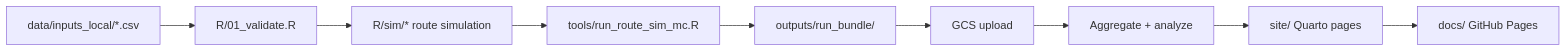
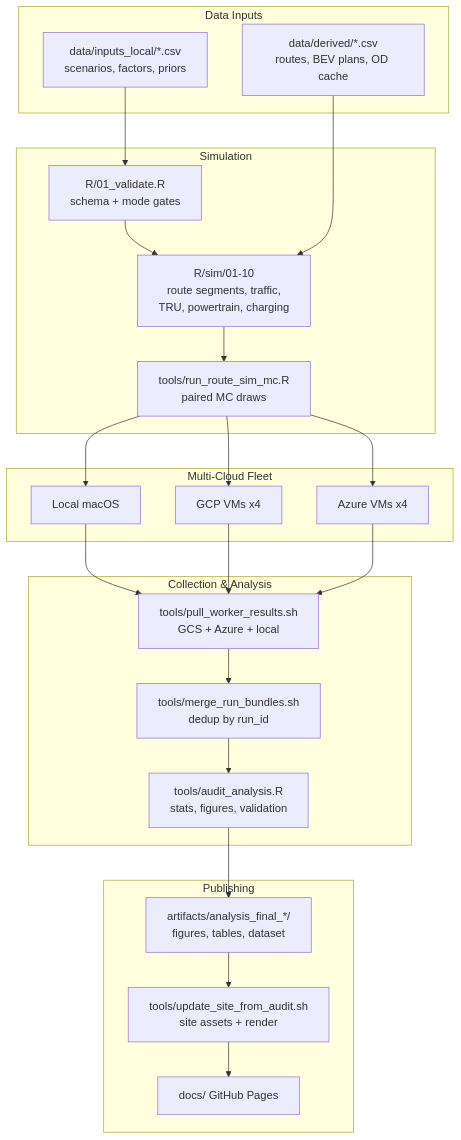
The diagram in site/index.qmd (dMac716/coldchain-freight-montecarlo), drawn with Mermaid before and after one commit. The commit also changed other lines of this file and 275 other files, not shown here.

First line of the commit message:
feat: GCS audit pipeline, 70k run analysis, site refresh (#32)

````diff
--- a/site/index.qmd
+++ b/site/index.qmd
@@ -110,11 +132,37 @@
 ```{mermaid}
-flowchart LR
-  A[data/inputs_local/*.csv] --> B[R/01_validate.R]
-  B --> C[R/sim/* route simulation]
-  C --> D[tools/run_route_sim_mc.R]
-  D --> E[outputs/run_bundle/]
-  E --> F[GCS upload]
-  F --> G[Aggregate + analyze]
-  G --> H[site/ Quarto pages]
-  H --> I[docs/ GitHub Pages]
+flowchart TD
+  subgraph inputs["Data Inputs"]
+    A1[data/inputs_local/*.csv<br/>scenarios, factors, priors]
+    A2[data/derived/*.csv<br/>routes, BEV plans, OD cache]
+  end
+
+  subgraph sim["Simulation"]
+    B[R/01_validate.R<br/>schema + mode gates]
+    C[R/sim/01-10<br/>route segments, traffic,<br/>TRU, powertrain, charging]
+    D[tools/run_route_sim_mc.R<br/>paired MC draws]
+  end
+
+  subgraph compute["Multi-Cloud Fleet"]
+    E1[Local macOS]
+    E2[GCP VMs x4]
+    E3[Azure VMs x4]
+  end
+
+  subgraph collect["Collection & Analysis"]
+    F[tools/pull_worker_results.sh<br/>GCS + Azure + local]
+    G[tools/merge_run_bundles.sh<br/>dedup by run_id]
+    H[tools/audit_analysis.R<br/>stats, figures, validation]
+  end
+
+  subgraph publish["Publishing"]
+    I[artifacts/analysis_final_*/<br/>figures, tables, dataset]
+    J[tools/update_site_from_audit.sh<br/>site assets + render]
+    K[docs/ GitHub Pages]
+  end
+
+  A1 --> B --> C --> D
+  A2 --> C
+  D --> E1 & E2 & E3
+  E1 & E2 & E3 --> F --> G --> H
+  H --> I --> J --> K
 ```
````
